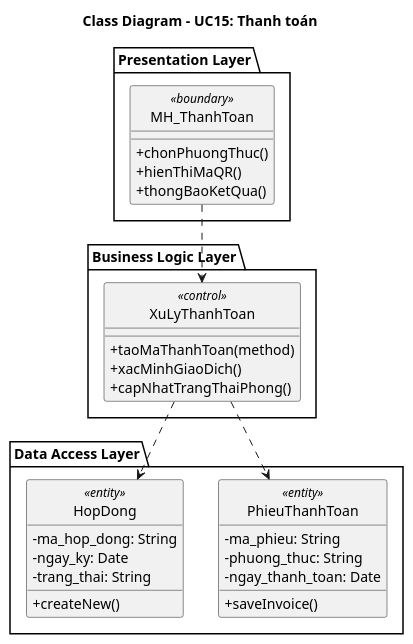
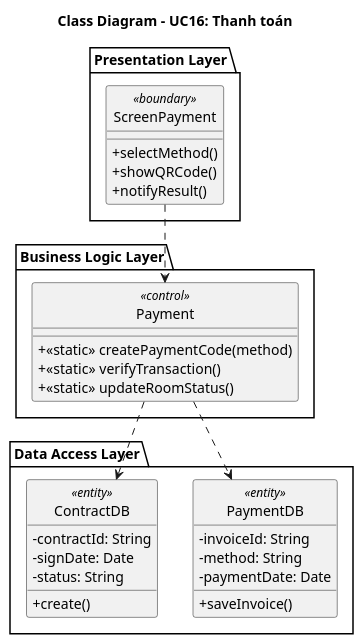
Before and after one commit to Gnourt812005/HCMUS-Analyze-and-desgin-IS: the diagram in doc/system/thanh_toan/thanh_toan_class.wsd, drawn with PlantUML. The commit also changed 48 other files, not shown here.

Commit message:
sys-uc: align format diagram

```diff
--- a/doc/system/thanh_toan/thanh_toan_class.wsd
+++ b/doc/system/thanh_toan/thanh_toan_class.wsd
@@ -1,41 +1,41 @@
-@startuml
+@startuml ThanhToan_ClassDiagram
 skinparam classAttributeIconSize 0
 skinparam style strictuml
-title Class Diagram - UC15: Thanh toán
+title Class Diagram - UC16: Thanh toán
 
 package "Presentation Layer" {
-    class "MH_ThanhToan" <<boundary>> {
-        + chonPhuongThuc()
-        + hienThiMaQR()
-        + thongBaoKetQua()
+    class "ScreenPayment" <<boundary>> {
+        + selectMethod()
+        + showQRCode()
+        + notifyResult()
     }
 }
 
 package "Business Logic Layer" {
-    class "XuLyThanhToan" <<control>> {
-        + taoMaThanhToan(method)
-        + xacMinhGiaoDich()
-        + capNhatTrangThaiPhong()
+    class "Payment" <<control>> {
+        + <<static>> createPaymentCode(method)
+        + <<static>> verifyTransaction()
+        + <<static>> updateRoomStatus()
     }
 }
 
 package "Data Access Layer" {
-    class "PhieuThanhToan" <<entity>> {
-        - ma_phieu: String
-        - phuong_thuc: String
-        - ngay_thanh_toan: Date
+    class "PaymentDB" <<entity>> {
+        - invoiceId: String
+        - method: String
+        - paymentDate: Date
         + saveInvoice()
     }
-    class "HopDong" <<entity>> {
-        - ma_hop_dong: String
-        - ngay_ky: Date
-        - trang_thai: String
-        + createNew()
+    class "ContractDB" <<entity>> {
+        - contractId: String
+        - signDate: Date
+        - status: String
+        + create()
     }
 }
 
-"MH_ThanhToan" ..> "XuLyThanhToan"
-"XuLyThanhToan" ..> "PhieuThanhToan"
-"XuLyThanhToan" ..> "HopDong"
+"ScreenPayment" ..> "Payment"
+"Payment" ..> "PaymentDB"
+"Payment" ..> "ContractDB"
 
 @enduml
```
